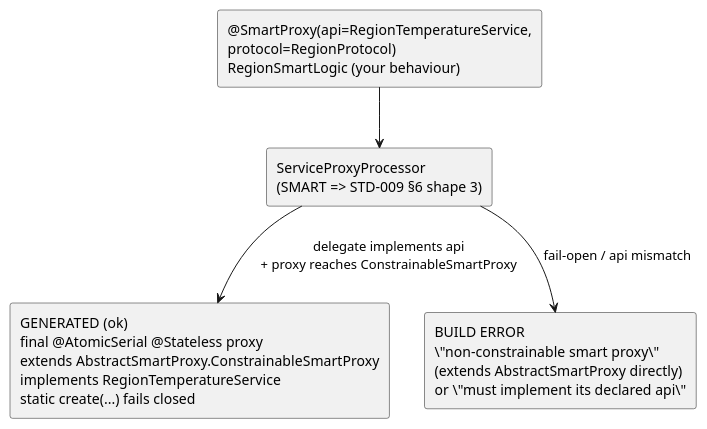
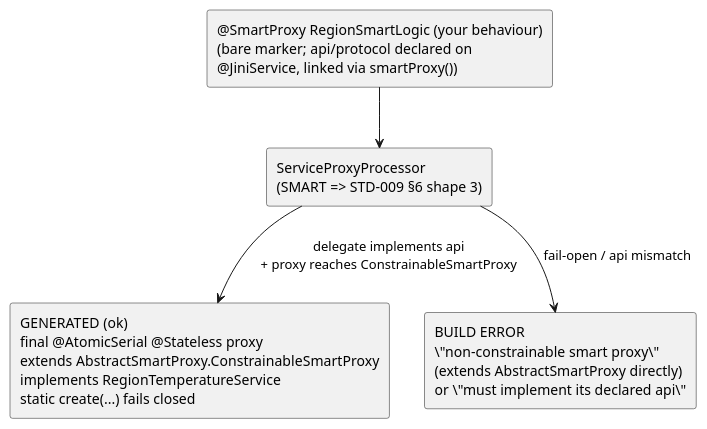
The first of 2 diagrams in JGDMS/docs/security-baked-into-jvm-smart-proxy.adoc (pfirmstone/JGDMS), drawn with PlantUML before and after one commit. The commit also changed other lines of this file, not shown here.

First line of the commit message:
docs(blog): update @SmartProxy to the smartProxy() linkage form

```diff
--- a/JGDMS/docs/security-baked-into-jvm-smart-proxy.adoc
+++ b/JGDMS/docs/security-baked-into-jvm-smart-proxy.adoc
@@ -210,14 +208,14 @@
 [plantuml,jgdms-smart-buildgate,svg,alt="At build time the processor either generates a ConstrainableSmartProxy or fails the build for a non-constrainable or api-mismatched smart proxy",width=820,height=280]
 ....
 skinparam monochrome true
 skinparam shadowing false
 
-rectangle "@SmartProxy(api=RegionTemperatureService,\nprotocol=RegionProtocol)\nRegionSmartLogic (your behaviour)" as DEL
+rectangle "@SmartProxy RegionSmartLogic (your behaviour)\n(bare marker; api/protocol declared on\n@JiniService, linked via smartProxy())" as DEL
 rectangle "ServiceProxyProcessor\n(SMART => STD-009 §6 shape 3)" as PROC
 rectangle "GENERATED (ok)\nfinal @AtomicSerial @Stateless proxy\nextends AbstractSmartProxy.ConstrainableSmartProxy\nimplements RegionTemperatureService\nstatic create(...) fails closed" as OK
 rectangle "BUILD ERROR\n\"non-constrainable smart proxy\"\n(extends AbstractSmartProxy directly)\nor \"must implement its declared api\"" as ERR
 
 DEL --> PROC
 PROC --> OK : delegate implements api\n+ proxy reaches ConstrainableSmartProxy
 PROC --> ERR : fail-open / api mismatch
 ....
```
